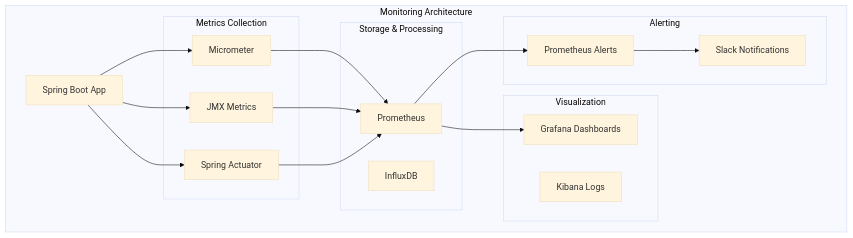
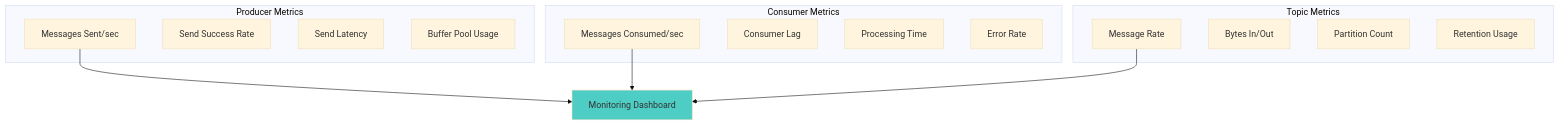
The fifth of 14 diagrams in class/modules/lesson_6/concept.md (vorrawut/KafkaStarter), drawn with Mermaid (base theme) before and after one commit. The commit also changed other lines of this file and 204 other files, not shown here.

````diff
--- a/class/modules/lesson_6/concept.md
+++ b/class/modules/lesson_6/concept.md
@@ -44,40 +312,29 @@
 ```mermaid
 graph TB
-    subgraph "Monitoring Architecture"
-        APP[Spring Boot App]
-        
-        subgraph "Metrics Collection"
-            MICROMETER[Micrometer]
-            JMX[JMX Metrics]
-            ACTUATOR[Spring Actuator]
-        end
-        
-        subgraph "Storage & Processing"
-            PROMETHEUS[Prometheus]
-            INFLUX[InfluxDB]
-        end
-        
-        subgraph "Visualization"
-            GRAFANA[Grafana Dashboards]
-            KIBANA[Kibana Logs]
-        end
-        
-        subgraph "Alerting"
-            ALERTS[Prometheus Alerts]
-            SLACK[Slack Notifications]
-        end
+    subgraph "Producer Metrics"
+        PM1[Messages Sent/sec]
+        PM2[Send Success Rate]
+        PM3[Send Latency]
+        PM4[Buffer Pool Usage]
     end
     
-    APP --> MICROMETER
-    APP --> JMX
-    APP --> ACTUATOR
+    subgraph "Consumer Metrics"
+        CM1[Messages Consumed/sec]
+        CM2[Consumer Lag]
+        CM3[Processing Time]
+        CM4[Error Rate]
+    end
     
-    MICROMETER --> PROMETHEUS
-    JMX --> PROMETHEUS
-    ACTUATOR --> PROMETHEUS
+    subgraph "Topic Metrics"
+        TM1[Message Rate]
+        TM2[Bytes In/Out]
+        TM3[Partition Count]
+        TM4[Retention Usage]
+    end
     
-    PROMETHEUS --> GRAFANA
-    PROMETHEUS --> ALERTS
+    PM1 --> DASHBOARD[Monitoring Dashboard]
+    CM1 --> DASHBOARD
+    TM1 --> DASHBOARD
     
-    ALERTS --> SLACK
+    style DASHBOARD fill:#4ecdc4
 ```
````
